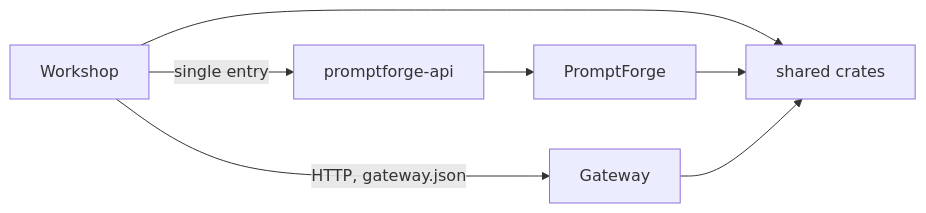
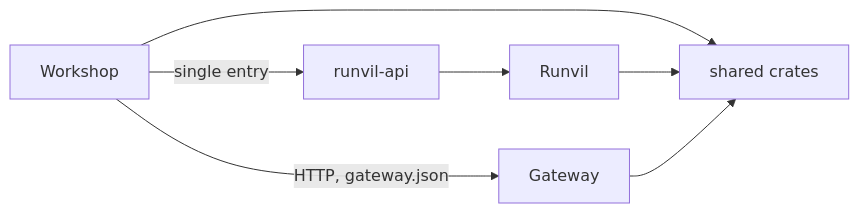
One commit to cppalliance/tools-public changed the third of 3 diagrams in lessons/structure-first-development.md. Above: the diagram before and after it, drawn with Mermaid. The commit also changed other lines of this file and 9 other files, not shown here.

````diff
--- a/lessons/structure-first-development.md
+++ b/lessons/structure-first-development.md
@@ -133,9 +133,9 @@
 ```mermaid
 flowchart LR
-    WS[Workshop] -->|single entry| API[promptforge-api]
-    API --> PF[PromptForge]
+    WS[Workshop] -->|single entry| API[runvil-api]
+    API --> RV[Runvil]
     WS -->|HTTP, gateway.json| GW[Gateway]
     WS --> SH[shared crates]
-    PF --> SH
+    RV --> SH
     GW --> SH
 ```
````
